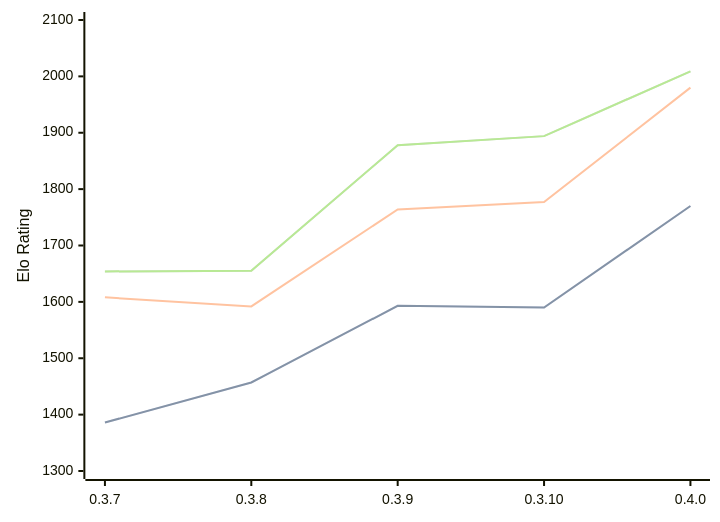
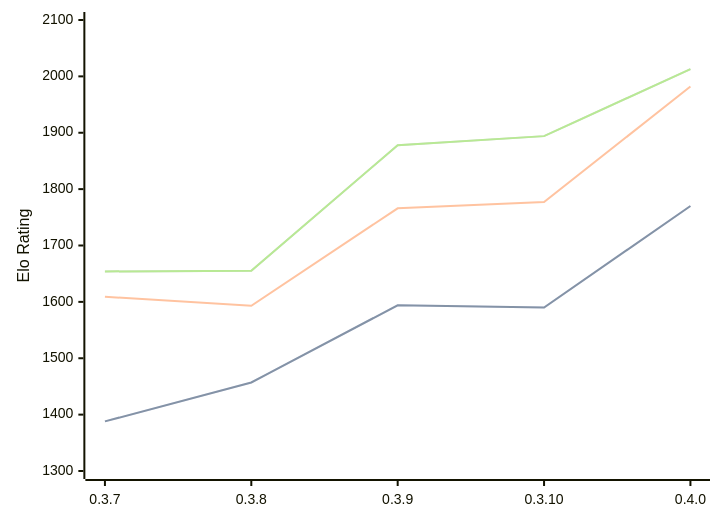
One commit to computer-chess-index/cci changed the diagram in engines/Arche.md. Above: the diagram before and after it, drawn with Mermaid. The commit also changed other lines of this file, not shown here.

Commit message:
Update CCI Ratings (ELO VLTC) - 2026-09-14

````diff
--- a/engines/Arche.md
+++ b/engines/Arche.md
@@ -37,11 +38,11 @@
 ```mermaid
 %%{init: {"theme":"base","themeVariables":{"seriesColors:['#a3a3a3','#222221','#faa371']}}}%%
 xychart-beta
   x-axis ["0.3.7", "0.3.8", "0.3.9", "0.3.10", "0.4.0"]
   y-axis "Elo Rating" 1300 --> 2100
-  line "" [1386, 1457, 1593, 1590, 1770]
-  line "STC (8.0+0.08s)" [1386, 1457, 1593, 1590, 1770]
-  line "LTC (60.0+0.60s)" [1608, 1592, 1764, 1777, 1980]
-  line "" [1654, 1655, 1878, 1894, 2009]
-  line "VLTC (2m24s+1.12s)" [1654, 1655, 1878, 1894, 2009]
+  line "" [1388, 1457, 1594, 1590, 1770]
+  line "STC (8.0+0.08s)" [1388, 1457, 1594, 1590, 1770]
+  line "LTC (60.0+0.60s)" [1609, 1593, 1766, 1777, 1982]
+  line "" [1654, 1655, 1878, 1894, 2013]
+  line "VLTC (2m24s+1.12s)" [1654, 1655, 1878, 1894, 2013]
 ```
````
